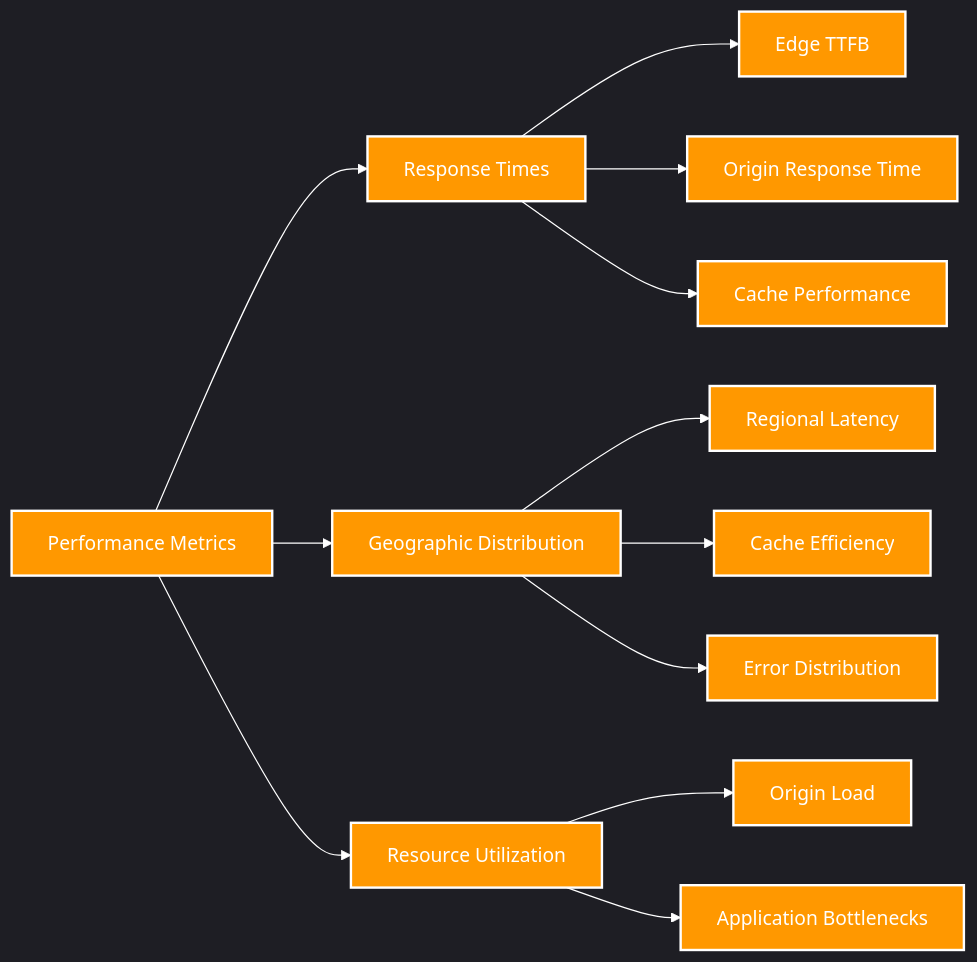
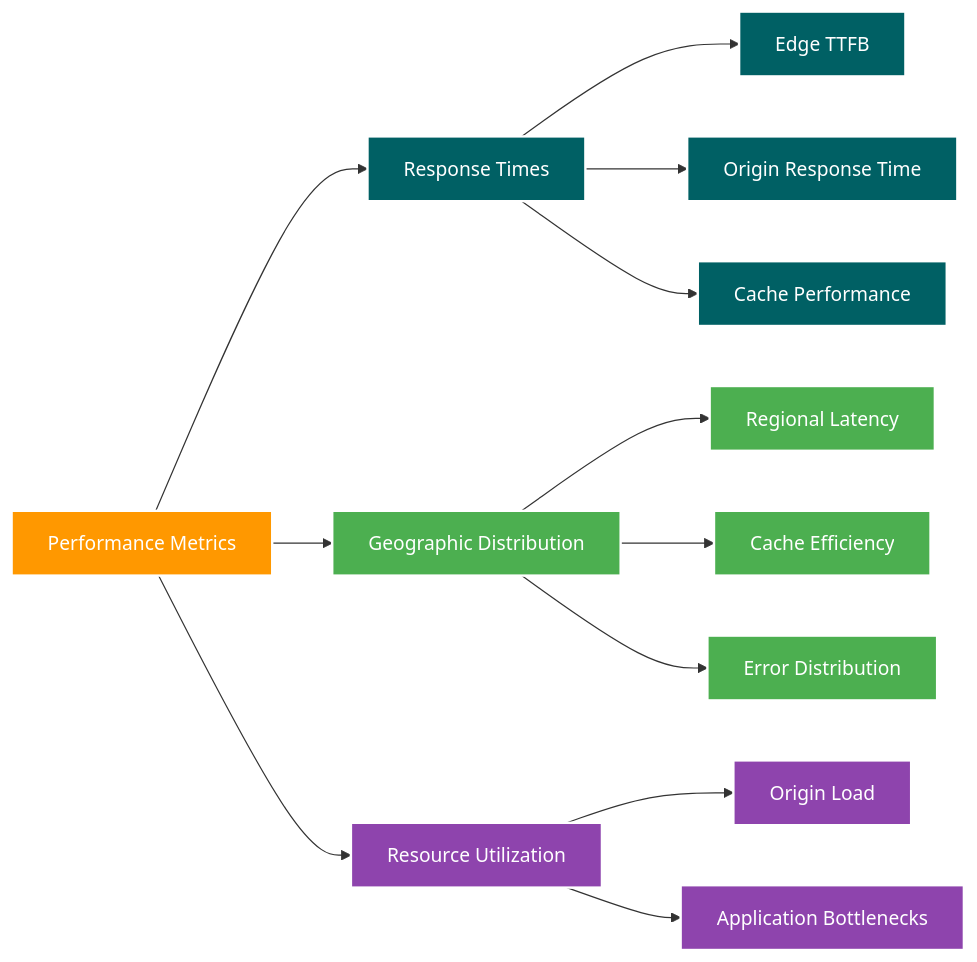
Before and after one commit to erfianugrah/cloudflare_api_scripts: the second of 5 diagrams in cdn-analyser/slides/dist/cdn.qmd, drawn with Mermaid. The commit also changed other lines of this file and 1 other file, not shown here.

````diff
--- a/cdn-analyser/slides/dist/cdn.qmd
+++ b/cdn-analyser/slides/dist/cdn.qmd
@@ -101,37 +101,44 @@
 ```{mermaid}
 %%{init: {
   'theme': 'dark',
   'themeVariables': {
-    'primaryColor': '#ff9800',
+    'primaryColor': '#ff9800',  /* Orange for main nodes */
     'primaryTextColor': '#fff',
     'primaryBorderColor': '#fff',
-    'lineColor': '#fff',
-    'secondaryColor': '#006064',
-    'tertiaryColor': '#4caf50',
+    'lineColor': '#fff',        /* Ensure lines are white */
+    'secondaryColor': '#006064',  /* Blue-green for Response Times */
+    'tertiaryColor': '#4caf50',   /* Green for Geographic Distribution */
+    'quaternaryColor': '#8e44ad', /* Purple for Resource Utilization */
     'mainBkg': '#2d3436',
-    'nodeBorder': '#ff9800',
+    'nodeBorder': '#fff',
     'clusterBkg': '#2d3436',
-    'clusterBorder': '#ff9800'
+    'clusterBorder': '#fff'
   }
 }}%%
 graph LR
     Performance[Performance Metrics]
     Performance --> Response[Response Times]
     Performance --> Geographic[Geographic Distribution]
     Performance --> Resource[Resource Utilization]
 
     Response --> TTFB[Edge TTFB]
     Response --> Origin[Origin Response Time]
     Response --> Cache[Cache Performance]
 
     Geographic --> Latency[Regional Latency]
     Geographic --> Efficiency[Cache Efficiency]
     Geographic --> Errors[Error Distribution]
 
     Resource --> Load[Origin Load]
     Resource --> Bottlenecks[Application Bottlenecks]
 
     classDef orange fill:#ff9800,stroke:#fff,stroke-width:2px,color:#fff;
-    class Performance,Response,Geographic,Resource orange;
-    class TTFB,Origin,Cache,Latency,Efficiency,Errors,Load,Bottlenecks orange;
+    classDef blue fill:#006064,stroke:#fff,stroke-width:2px,color:#fff;
+    classDef green fill:#4caf50,stroke:#fff,stroke-width:2px,color:#fff;
+    classDef purple fill:#8e44ad,stroke:#fff,stroke-width:2px,color:#fff;
+
+    class Performance orange;
+    class Response,TTFB,Origin,Cache blue;
+    class Geographic,Latency,Efficiency,Errors green;
+    class Resource,Load,Bottlenecks purple;
 ```
````
